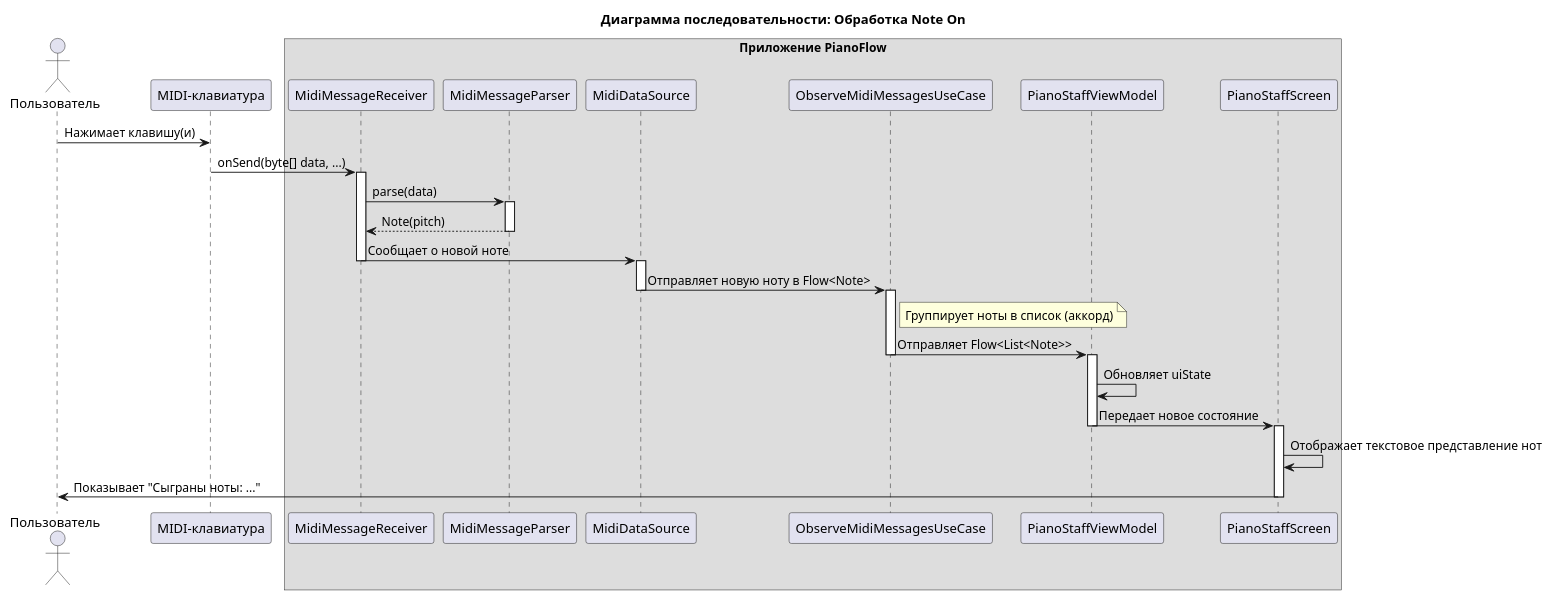
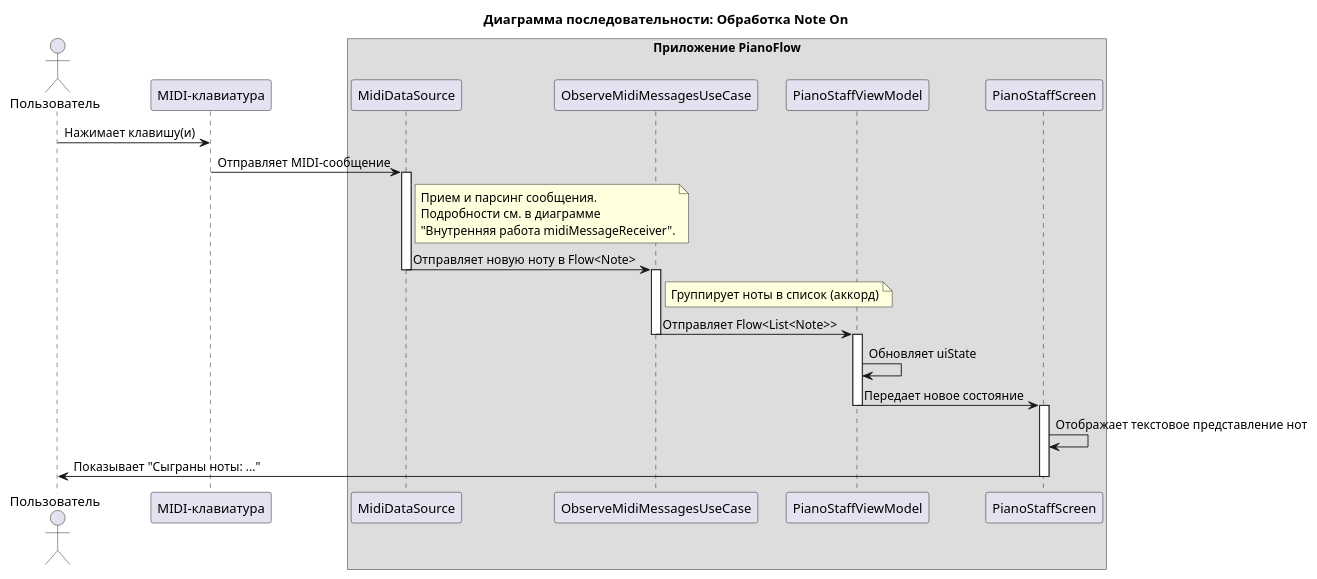
Before and after one commit to astrizhachuk/PianoFlow: the fourth of 4 diagrams in docs/ts/MIDI_MESSAGE_PROCESSING.md, drawn with PlantUML. The commit also changed other lines of this file, not shown here.

Commit message:
docs: детализировать диаграммы для обработки MIDI-сообщений

````diff
--- a/docs/ts/MIDI_MESSAGE_PROCESSING.md
+++ b/docs/ts/MIDI_MESSAGE_PROCESSING.md
@@ -183,48 +252,43 @@
 ```plantuml
 @startuml
 title Диаграмма последовательности: Обработка Note On
 
 actor Пользователь as User
 participant "MIDI-клавиатура" as Keyboard
 box "Приложение PianoFlow"
-  participant "MidiMessageReceiver" as Receiver
-  participant "MidiMessageParser" as Parser
   participant "MidiDataSource" as DS
   participant "ObserveMidiMessagesUseCase" as UC
   participant "PianoStaffViewModel" as VM
   participant "PianoStaffScreen" as Screen
 end box
 
 User -> Keyboard : Нажимает клавишу(и)
-Keyboard -> Receiver : onSend(byte[] data, ...)
-activate Receiver
+Keyboard -> DS : Отправляет MIDI-сообщение
+activate DS
 
-Receiver -> Parser : parse(data)
-activate Parser
-Parser --> Receiver : Note(pitch)
-deactivate Parser
-
-Receiver -> DS : Сообщает о новой ноте
-deactivate Receiver
-activate DS
+note right of DS
+  Прием и парсинг сообщения.
+  Подробности см. в диаграмме
+  "Внутренняя работа midiMessageReceiver".
+end note
 
 DS -> UC : Отправляет новую ноту в Flow<Note>
 deactivate DS
 activate UC
 
 note right of UC: Группирует ноты в список (аккорд)
 UC -> VM : Отправляет Flow<List<Note>>
 deactivate UC
 activate VM
 
 VM -> VM : Обновляет uiState
 VM -> Screen : Передает новое состояние
 deactivate VM
 activate Screen
 
 Screen -> Screen : Отображает текстовое представление нот
 Screen -> User : Показывает "Сыграны ноты: ..."
 deactivate Screen
 
 @enduml
 ```
````
